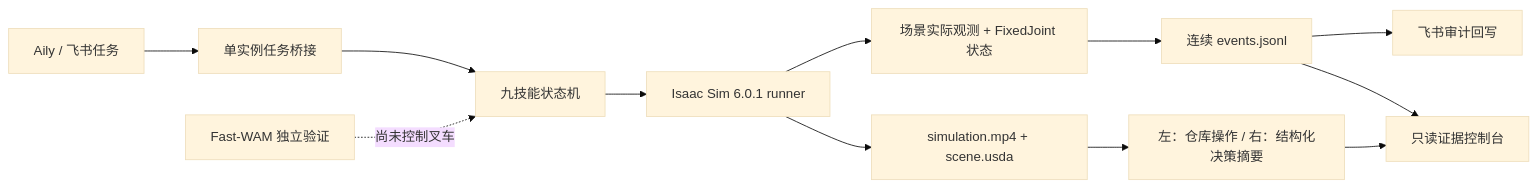
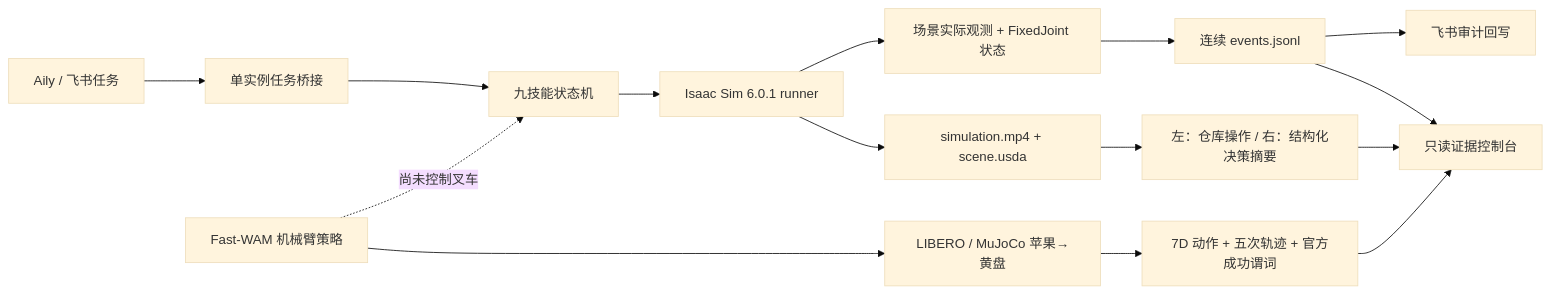
The diagram in demo/项目总结与交付说明.md (imChenRH/seer-competition), drawn with Mermaid (base theme) before and after one commit. The commit also changed other lines of this file and 29 other files, not shown here.

Commit message:
evidence: publish Fast-WAM apple plate rollout

````diff
--- a/demo/项目总结与交付说明.md
+++ b/demo/项目总结与交付说明.md
@@ -42,14 +44,17 @@
 ```mermaid
 flowchart LR
     A["Aily / 飞书任务"] --> B["单实例任务桥接"]
     B --> C["九技能状态机"]
     C --> D["Isaac Sim 6.0.1 runner"]
     D --> E["场景实际观测 + FixedJoint 状态"]
     E --> F["连续 events.jsonl"]
     F --> G["飞书审计回写"]
     F --> H["只读证据控制台"]
     D --> I["simulation.mp4 + scene.usda"]
     I --> K["左：仓库操作 / 右：结构化决策摘要"]
     K --> H
-    J["Fast-WAM 独立验证"] -. "尚未控制叉车" .-> C
+    J["Fast-WAM 机械臂策略"] --> L["LIBERO / MuJoCo 苹果→黄盘"]
+    L --> M["7D 动作 + 五次轨迹 + 官方成功谓词"]
+    M --> H
+    J -. "尚未控制叉车" .-> C
 ```
````
